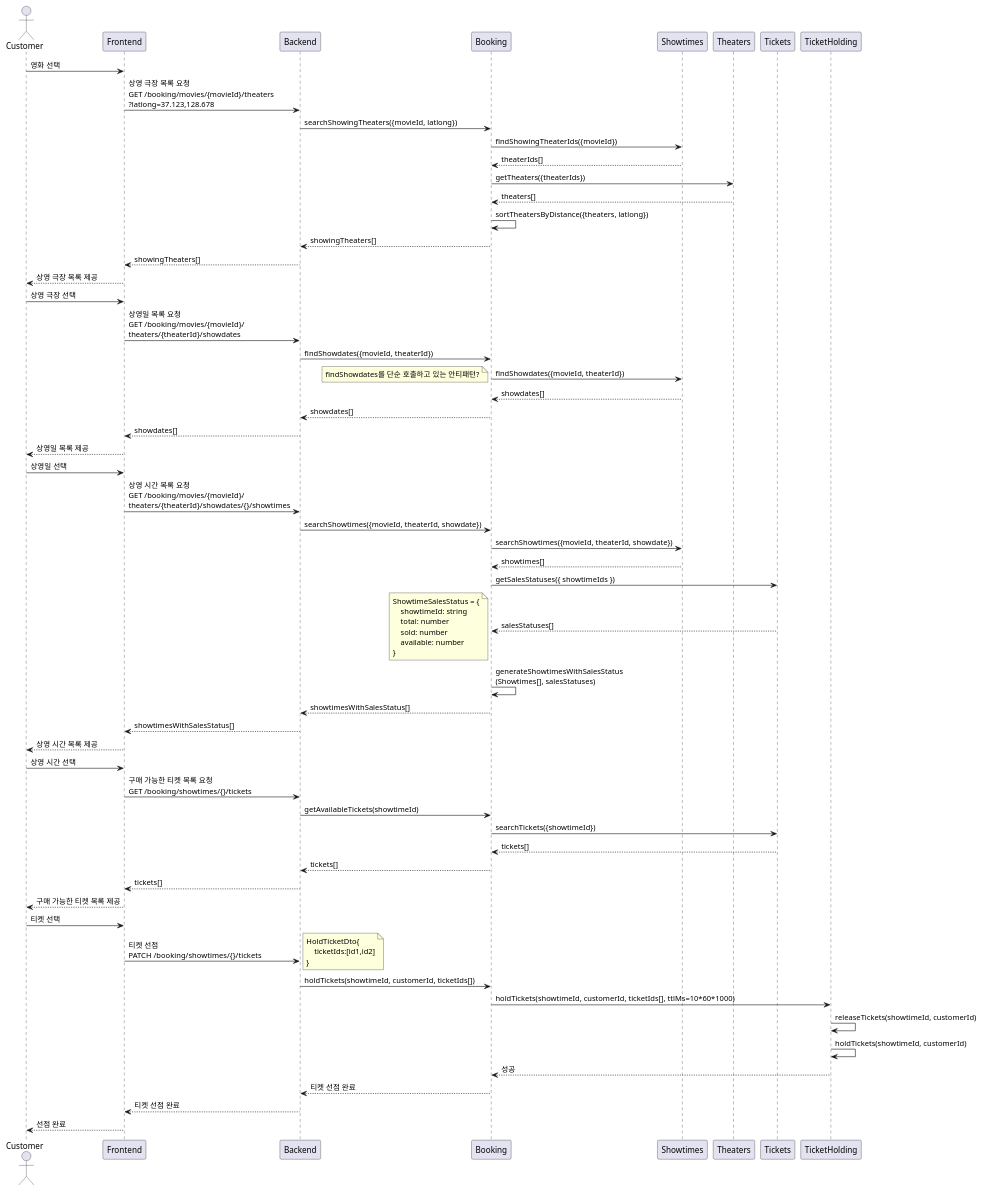
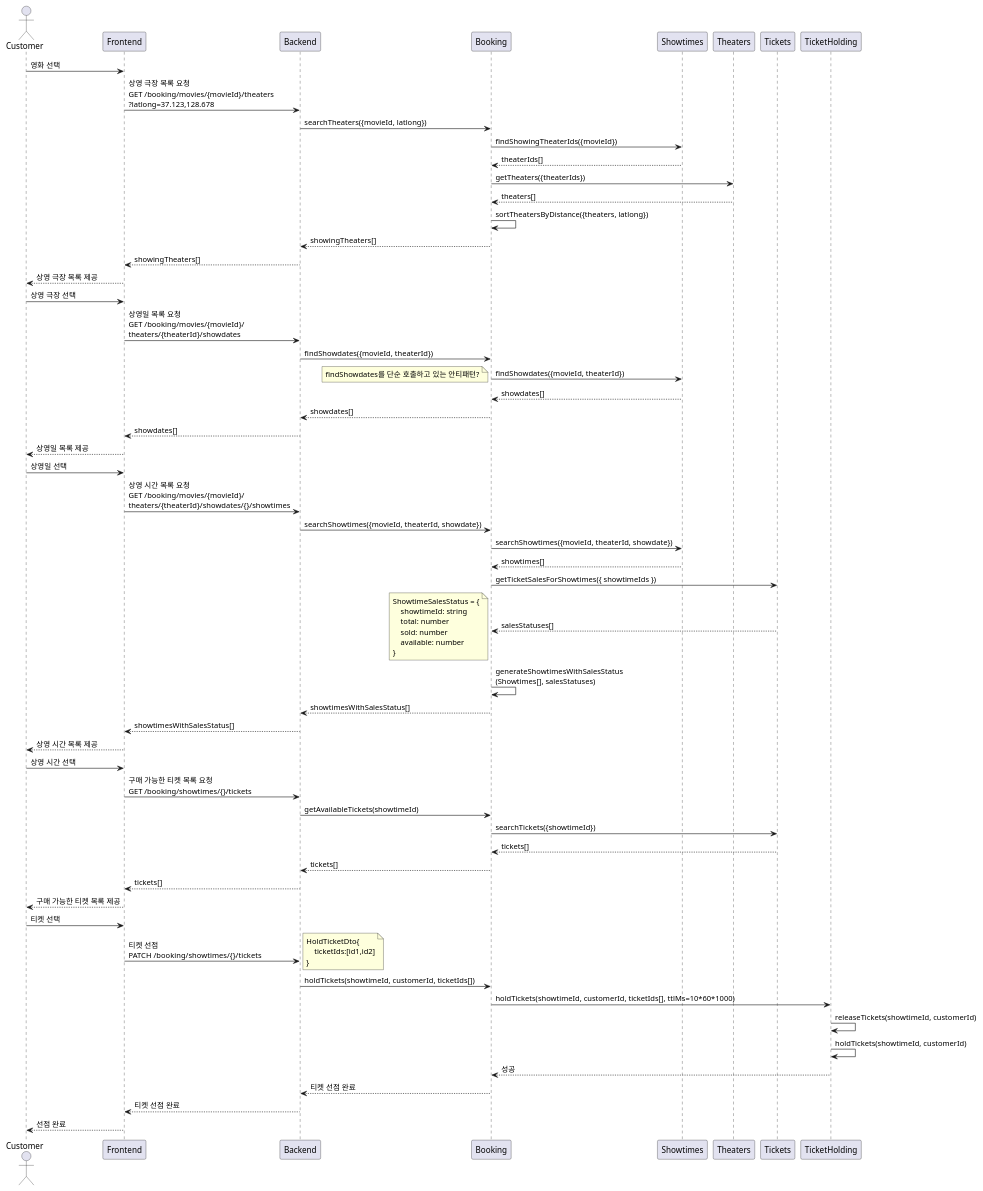
The second of 4 diagrams in docs/en/designs/tickets-purchase.md (songminkyu/nest-msa), drawn with PlantUML before and after one commit. The commit also changed 18 other files, not shown here.

Commit message:
refactor: rename getSalesStatuses to getTicketSalesForShowtimes for clarity; update related DTOs and service methods

````diff
--- a/docs/en/designs/tickets-purchase.md
+++ b/docs/en/designs/tickets-purchase.md
@@ -106,74 +106,74 @@
 ```plantuml
 @startuml
 actor Customer
 
 Customer -> Frontend: 영화 선택
     Frontend -> Backend: 상영 극장 목록 요청\nGET /booking/movies/{movieId}/theaters\n?latlong=37.123,128.678
-        Backend -> Booking: searchShowingTheaters({movieId, latlong})
+        Backend -> Booking: searchTheaters({movieId, latlong})
             Booking -> Showtimes: findShowingTheaterIds({movieId})
             Booking <-- Showtimes: theaterIds[]
             Booking -> Theaters: getTheaters({theaterIds})
             Booking <-- Theaters: theaters[]
             Booking -> Booking: sortTheatersByDistance({theaters, latlong})
         Backend <-- Booking: showingTheaters[]
     Frontend <-- Backend: showingTheaters[]
 Customer <-- Frontend: 상영 극장 목록 제공
 
 Customer -> Frontend: 상영 극장 선택
     Frontend -> Backend: 상영일 목록 요청\nGET /booking/movies/{movieId}/\ntheaters/{theaterId}/showdates
         Backend -> Booking: findShowdates({movieId, theaterId})
             Booking -> Showtimes: findShowdates({movieId, theaterId})
                 note left
                 findShowdates를 단순 호출하고 있는 안티패턴?
                 end note
             Booking <-- Showtimes: showdates[]
         Backend <-- Booking: showdates[]
     Frontend <-- Backend: showdates[]
 Customer <-- Frontend: 상영일 목록 제공
 
 Customer -> Frontend: 상영일 선택
     Frontend -> Backend: 상영 시간 목록 요청\nGET /booking/movies/{movieId}/\ntheaters/{theaterId}/showdates/{}/showtimes
         Backend -> Booking: searchShowtimes({movieId, theaterId, showdate})
             Booking -> Showtimes: searchShowtimes({movieId, theaterId, showdate})
             Booking <-- Showtimes: showtimes[]
-            Booking -> Tickets: getSalesStatuses({ showtimeIds })
+            Booking -> Tickets: getTicketSalesForShowtimes({ showtimeIds })
             Booking <-- Tickets: salesStatuses[]
             note left
             ShowtimeSalesStatus = {
                 showtimeId: string
                 total: number
                 sold: number
                 available: number
             }
             end note
             Booking -> Booking: generateShowtimesWithSalesStatus\n(Showtimes[], salesStatuses)
         Backend <-- Booking: showtimesWithSalesStatus[]
     Frontend <-- Backend: showtimesWithSalesStatus[]
 Customer <-- Frontend: 상영 시간 목록 제공
 
 Customer -> Frontend: 상영 시간 선택
     Frontend -> Backend: 구매 가능한 티켓 목록 요청\nGET /booking/showtimes/{}/tickets
         Backend -> Booking: getAvailableTickets(showtimeId)
             Booking -> Tickets: searchTickets({showtimeId})
             Booking <-- Tickets: tickets[]
         Backend <-- Booking: tickets[]
     Frontend <-- Backend: tickets[]
 Customer <-- Frontend: 구매 가능한 티켓 목록 제공
 
 Customer -> Frontend: 티켓 선택
     Frontend -> Backend: 티켓 선점\nPATCH /booking/showtimes/{}/tickets
         note right
             HoldTicketDto{
                 ticketIds:[id1,id2]
             }
         end note
         Backend -> Booking: holdTickets(showtimeId, customerId, ticketIds[])
             Booking -> TicketHolding: holdTickets(showtimeId, customerId, ticketIds[], ttlMs=10*60*1000)
                 TicketHolding -> TicketHolding: releaseTickets(showtimeId, customerId)
                 TicketHolding -> TicketHolding: holdTickets(showtimeId, customerId)
             Booking <-- TicketHolding: 성공
         Backend <-- Booking: 티켓 선점 완료
     Frontend <-- Backend: 티켓 선점 완료
 Customer <-- Frontend: 선점 완료
 @enduml
 ```
````
